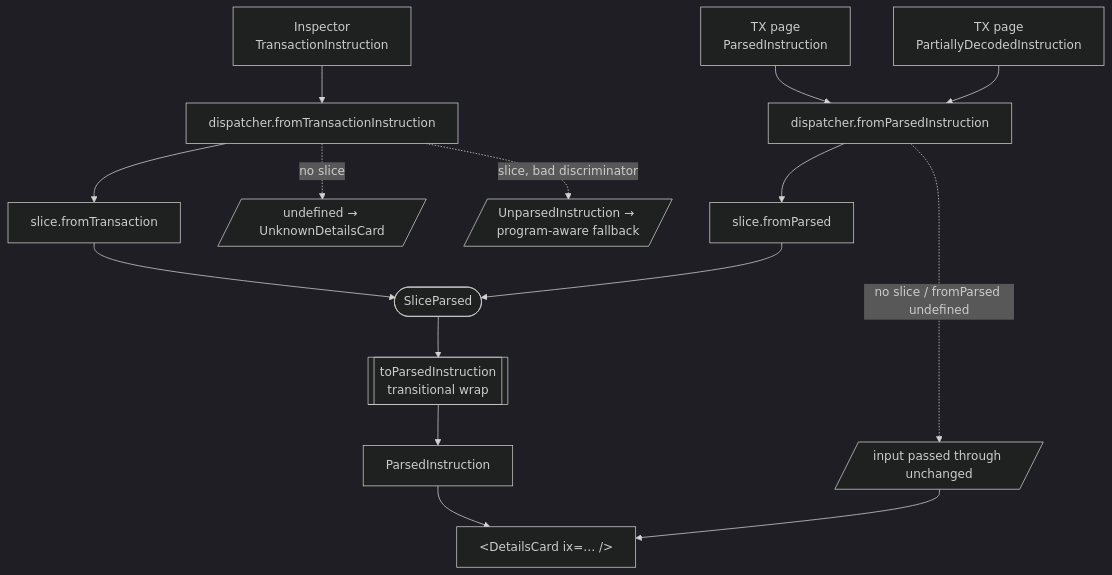
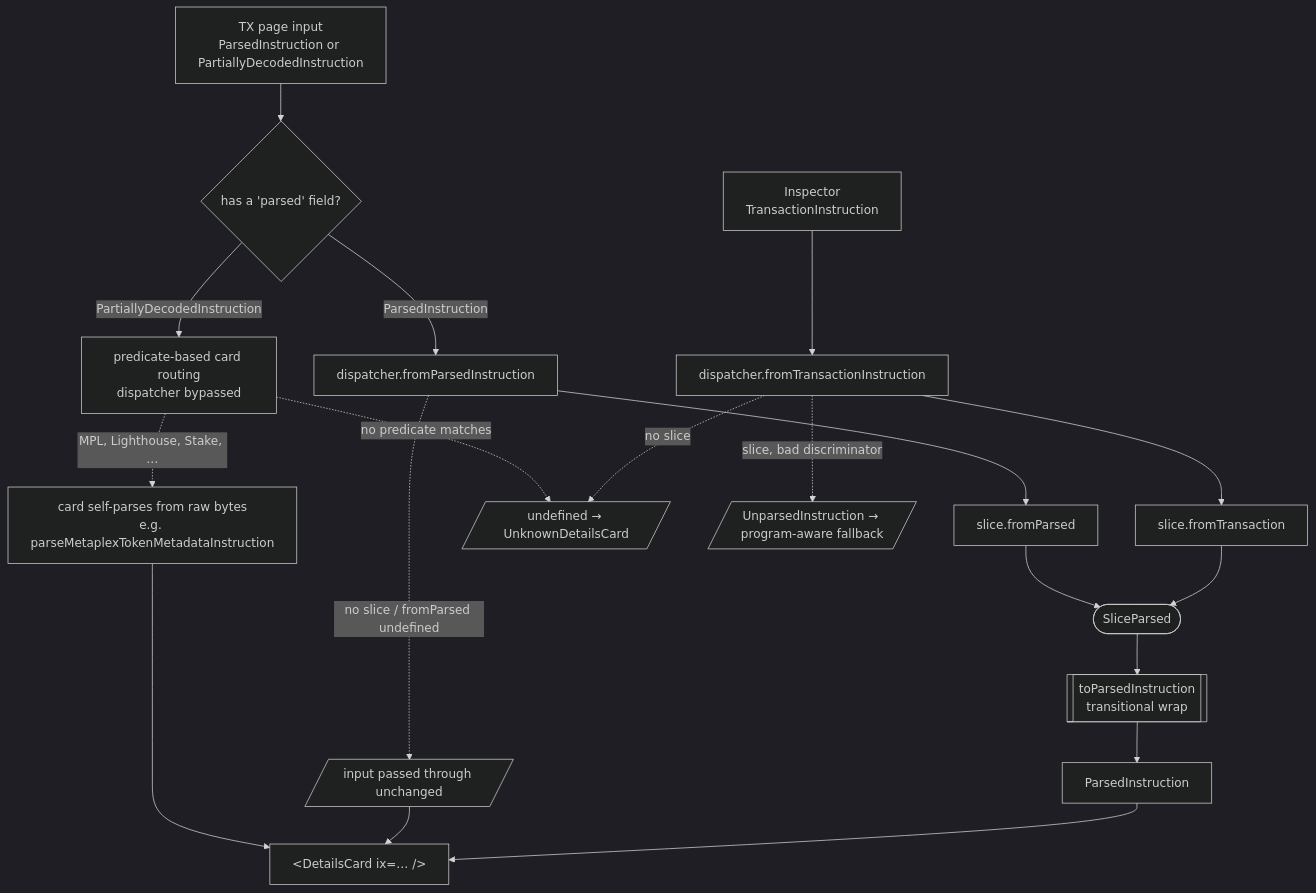
The diagram in openspec/changes/unify-instruction-parsing/specs/instruction-parser/spec.md (hoodieshq/explorer), drawn with Mermaid (dark theme) before and after one commit. The commit also changed other lines of this file, not shown here.

First line of the commit message:
docs(openspec): correct how parsing handles PartiallyDecodedInstruction

````diff
--- a/openspec/changes/unify-instruction-parsing/specs/instruction-parser/spec.md
+++ b/openspec/changes/unify-instruction-parsing/specs/instruction-parser/spec.md
@@ -9,22 +9,26 @@
 ```mermaid
 flowchart TD
     A[Inspector<br/>TransactionInstruction] --> B[dispatcher.fromTransactionInstruction]
-    C[TX page<br/>ParsedInstruction] --> D[dispatcher.fromParsedInstruction]
-    P[TX page<br/>PartiallyDecodedInstruction] --> D
+    C[TX page input<br/>ParsedInstruction or PartiallyDecodedInstruction] --> Q{has a 'parsed' field?}
+    Q -- ParsedInstruction --> D[dispatcher.fromParsedInstruction]
+    Q -- PartiallyDecodedInstruction --> K[predicate-based card routing<br/>dispatcher bypassed]
 
     B --> E[slice.fromTransaction]
     D --> F[slice.fromParsed]
 
     E --> G([SliceParsed])
     F --> G
 
     G --> H[[toParsedInstruction<br/>transitional wrap]]
     H --> I[ParsedInstruction]
 
     B -. no slice .-> U[/undefined → UnknownDetailsCard/]
     B -. slice, bad discriminator .-> N[/UnparsedInstruction → program-aware fallback/]
     D -. no slice / fromParsed undefined .-> R[/input passed through unchanged/]
+    K -. MPL, Lighthouse, Stake, … .-> KK[card self-parses from raw bytes<br/>e.g. parseMetaplexTokenMetadataInstruction]
+    K -. no predicate matches .-> U
 
     I --> J[&lt;DetailsCard ix=… /&gt;]
     R --> J
+    KK --> J
 ```
````
